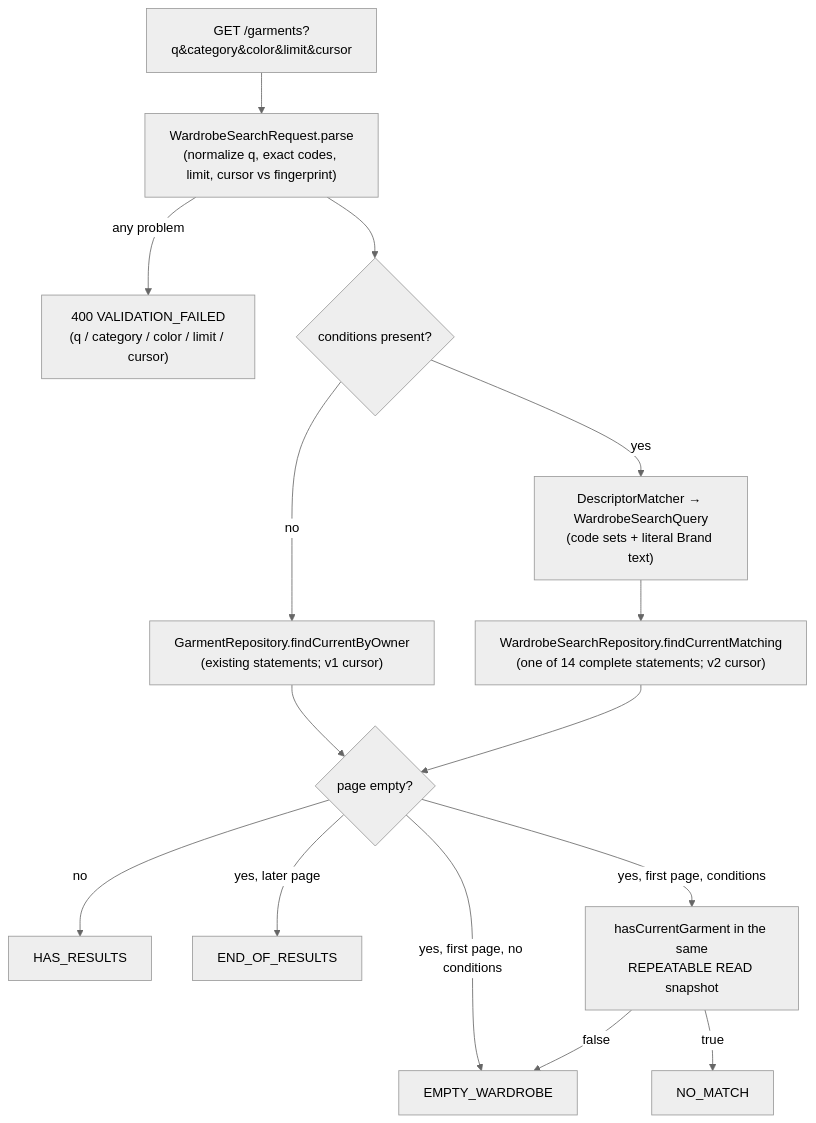
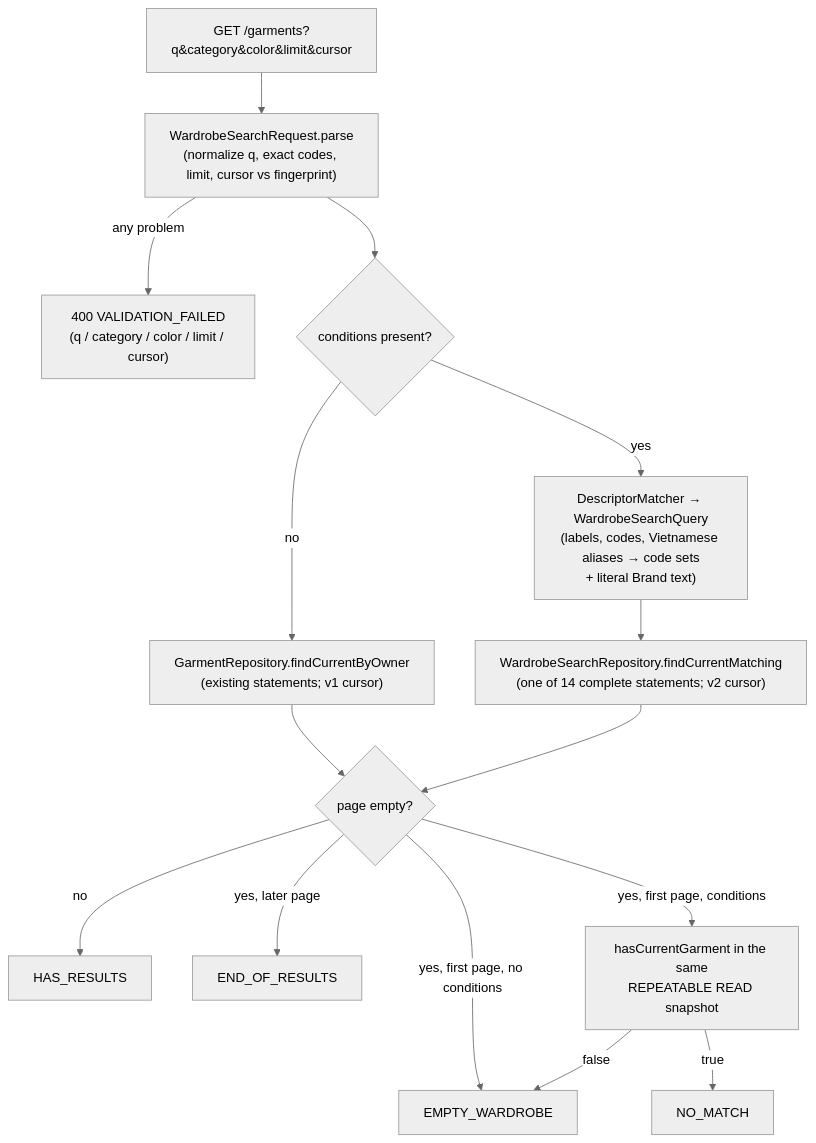
One commit to luubinhdeptrai/CapsuleAI changed the diagram in docs/06-scrum/sprints/sprint-04/implementation-guides/US-WAR-003-guide.md. Above: the diagram before and after it, drawn with Mermaid (neutral theme). The commit also changed other lines of this file and 34 other files, not shown here.

````diff
--- a/docs/06-scrum/sprints/sprint-04/implementation-guides/US-WAR-003-guide.md
+++ b/docs/06-scrum/sprints/sprint-04/implementation-guides/US-WAR-003-guide.md
@@ -420,17 +454,17 @@
 ```mermaid
 flowchart TD
     A["GET /garments?q&category&color&limit&cursor"] --> B["WardrobeSearchRequest.parse<br/>(normalize q, exact codes, limit, cursor vs fingerprint)"]
     B -->|any problem| E["400 VALIDATION_FAILED<br/>(q / category / color / limit / cursor)"]
     B --> C{"conditions present?"}
     C -->|no| U["GarmentRepository.findCurrentByOwner<br/>(existing statements; v1 cursor)"]
-    C -->|yes| D["DescriptorMatcher → WardrobeSearchQuery<br/>(code sets + literal Brand text)"]
+    C -->|yes| D["DescriptorMatcher → WardrobeSearchQuery<br/>(labels, codes, Vietnamese aliases → code sets<br/>+ literal Brand text)"]
     D --> S["WardrobeSearchRepository.findCurrentMatching<br/>(one of 14 complete statements; v2 cursor)"]
     U --> R{"page empty?"}
     S --> R
     R -->|no| H["HAS_RESULTS"]
     R -->|yes, later page| X["END_OF_RESULTS"]
     R -->|yes, first page, no conditions| W["EMPTY_WARDROBE"]
     R -->|yes, first page, conditions| Q["hasCurrentGarment in the same<br/>REPEATABLE READ snapshot"]
     Q -->|true| N["NO_MATCH"]
     Q -->|false| W
 ```
````
